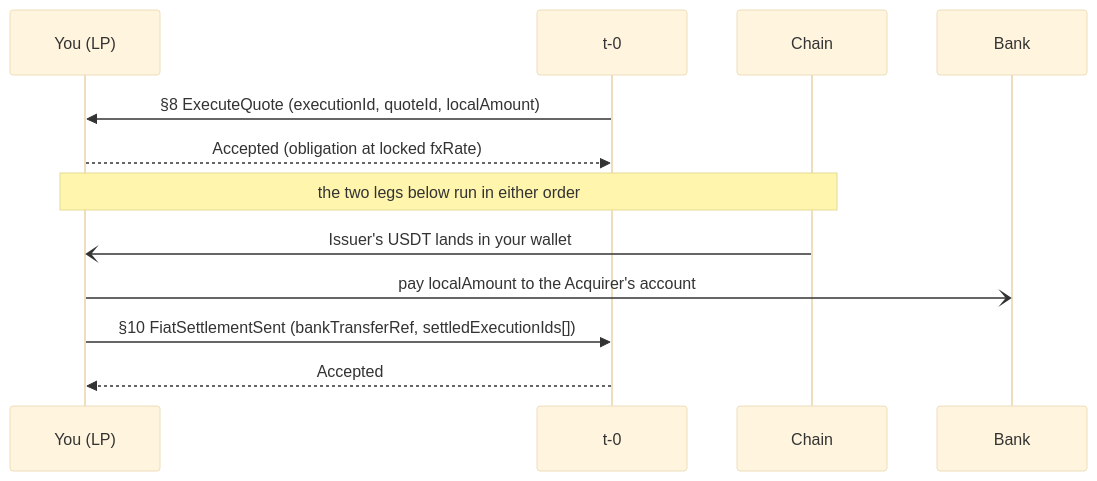
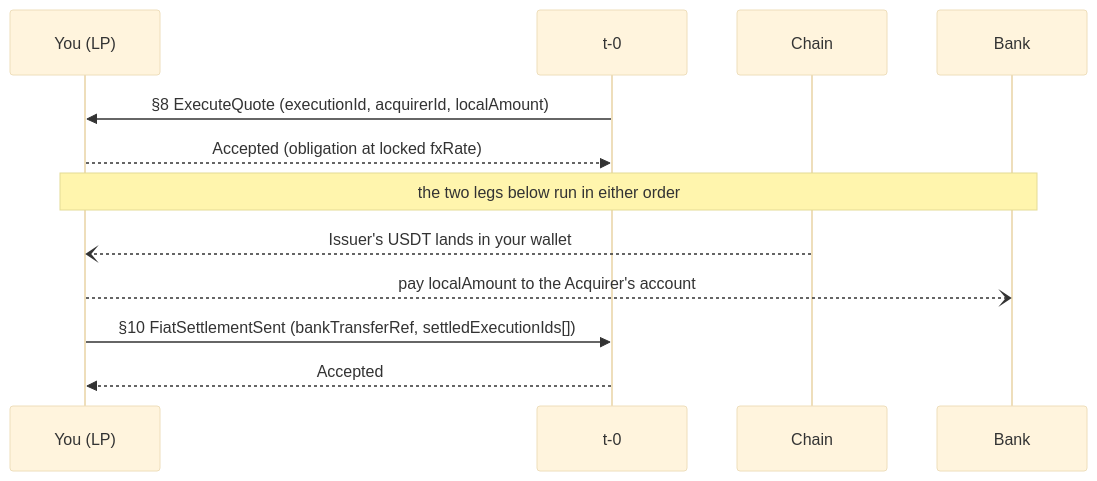
One commit to t-0-network/usdt-pay-docs changed the second of 2 diagrams in content/docs/payments/liquidity-provider.md. Above: the diagram before and after it, drawn with Mermaid (base theme). The commit also changed other lines of this file and 2 other files, not shown here.

Commit message:
docs: consensus diagram fixes from Codex and Opus reviews
Arrow syntax: change all -) to --) so transfers render as dashed
open arrows, matching the legend and distinguishing them from API
calls (solid) and responses (dashed closed).

Trim over-70-char labels: A2 §11 (76→44), A2 §12 (77→48),
I1 §6 (77→52). Keep only fields referenced by a downstream
diagram element; the endpoint table has the full inventory.

I1: drop "You now owe the settlement" from the §6 response
(obligation rule belongs in prose, not an arrow label).
L2: swap quoteId for acquirerId on §8 (acquirerId drives the
LP's bank-account resolution). Fix note span from LP,BC to
LP,BANK (the two legs terminate at both endpoints).

Update the legend on all three pages to distinguish solid calls,
dashed responses, and dashed open transfers.

````diff
--- a/content/docs/payments/liquidity-provider.md
+++ b/content/docs/payments/liquidity-provider.md
@@ -50,15 +50,15 @@
 ```mermaid
 sequenceDiagram
     participant LP as You (LP)
     participant T0 as t-0
     participant BC as Chain
     participant BANK as Bank
 
-    T0->>LP: §8 ExecuteQuote (executionId, quoteId, localAmount)
+    T0->>LP: §8 ExecuteQuote (executionId, acquirerId, localAmount)
     LP-->>T0: Accepted (obligation at locked fxRate)
-    Note over LP,BC: the two legs below run in either order
-    BC-)LP: Issuer's USDT lands in your wallet
-    LP-)BANK: pay localAmount to the Acquirer's account
+    Note over LP,BANK: the two legs below run in either order
+    BC--)LP: Issuer's USDT lands in your wallet
+    LP--)BANK: pay localAmount to the Acquirer's account
     LP->>T0: §10 FiatSettlementSent (bankTransferRef, settledExecutionIds[])
     T0-->>LP: Accepted
 ```
````
